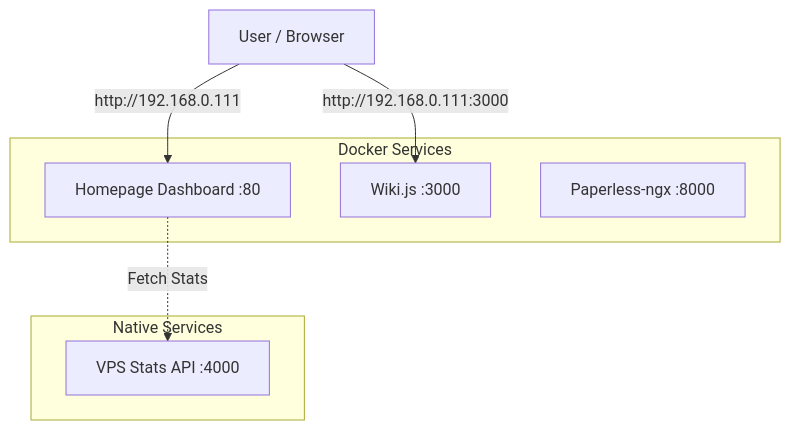
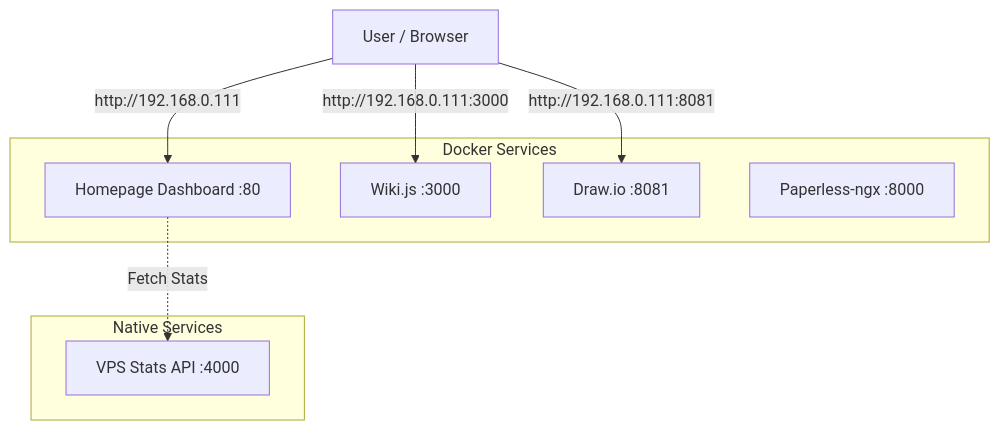
One commit to zabooz/homelab_2 changed the diagram in infrastructure/LINUXVM.md. Above: the diagram before and after it, drawn with Mermaid. The commit also changed other lines of this file and 1 other file, not shown here.

````diff
--- a/infrastructure/LINUXVM.md
+++ b/infrastructure/LINUXVM.md
@@ -14,15 +14,17 @@
 ```mermaid
 graph TD
     User[User / Browser] -->|http://192.168.0.111| Homepage[Homepage Dashboard :80]
     User -->|http://192.168.0.111:3000| Wiki[Wiki.js :3000]
+    User -->|http://192.168.0.111:8081| Drawio[Draw.io :8081]
 
     subgraph "Docker Services"
         Homepage
         Wiki
+        Drawio
         Paperless[Paperless-ngx :8000]
     end
 
     subgraph "Native Services"
         Homepage -.->|Fetch Stats| API[VPS Stats API :4000]
     end
 ```
````
